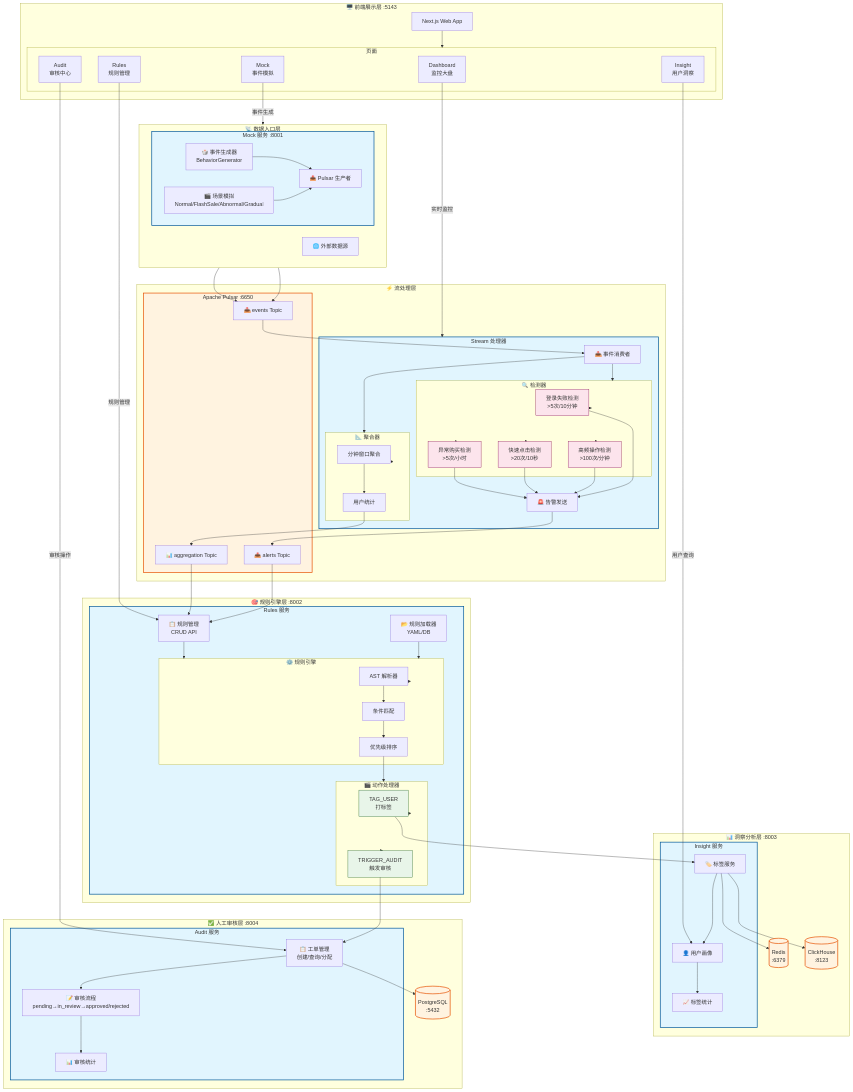
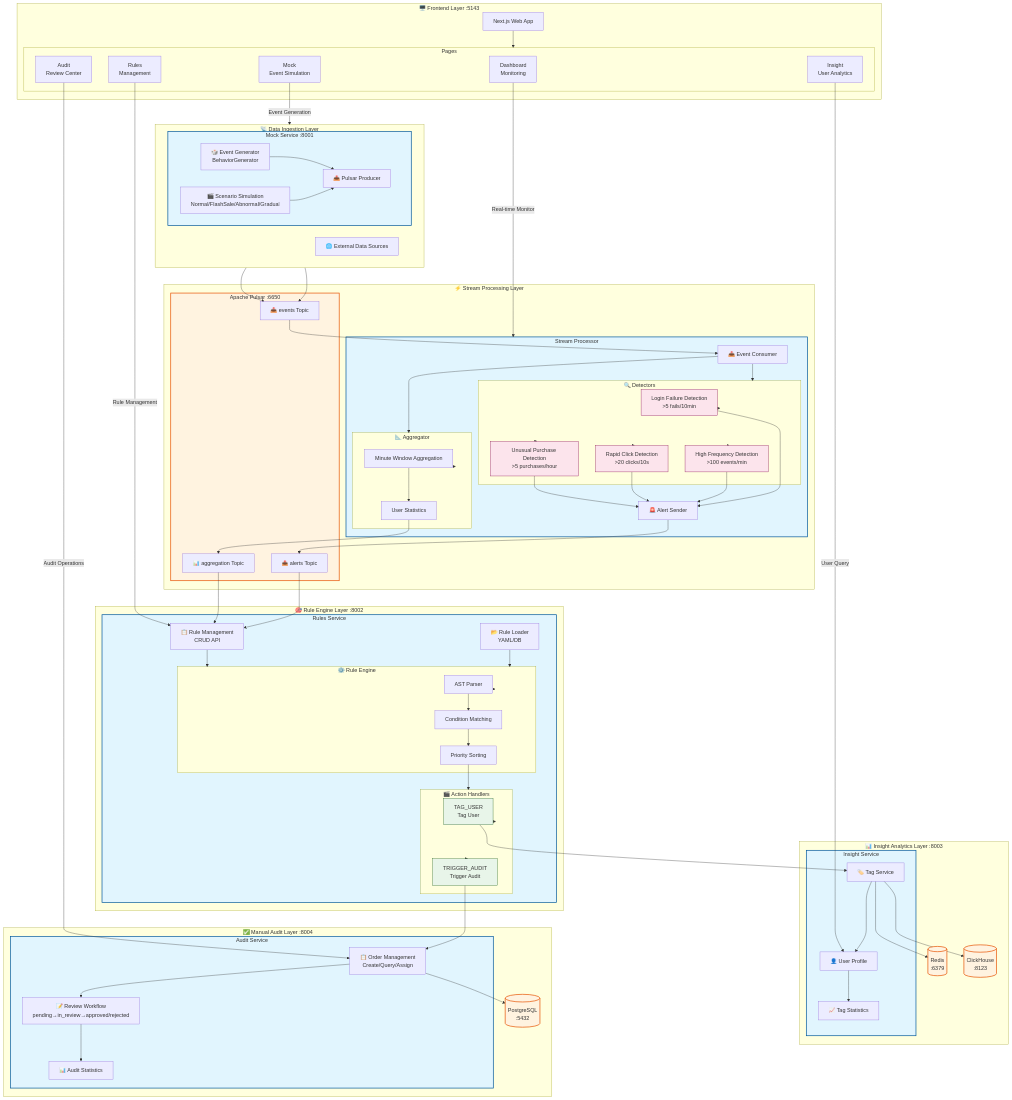
Before and after one commit to afine907/behavior-sense: the diagram in README.md, drawn with Mermaid. The commit also changed other lines of this file, not shown here.

Commit message:
docs: replace Chinese labels with English in README.md architecture diagram
- Change all Mermaid flowchart labels from Chinese to English
- Update data flow description table to English
- Keep only "中文" in language navigation (intentional)

````diff
--- a/README.md
+++ b/README.md
@@ -29,84 +29,84 @@
 ```mermaid
 flowchart TB
-    subgraph DataIngestion["📡 数据入口层"]
+    subgraph DataIngestion["📡 Data Ingestion Layer"]
         direction LR
-        subgraph MockService["Mock 服务 :8001"]
-            Generator["🎲 事件生成器\nBehaviorGenerator"]
-            Scenarios["🎬 场景模拟\nNormal/FlashSale/Abnormal/Gradual"]
-            Producer["📤 Pulsar 生产者"]
+        subgraph MockService["Mock Service :8001"]
+            Generator["🎲 Event Generator\nBehaviorGenerator"]
+            Scenarios["🎬 Scenario Simulation\nNormal/FlashSale/Abnormal/Gradual"]
+            Producer["📤 Pulsar Producer"]
         end
-        ExternalData["🌐 外部数据源"]
+        ExternalData["🌐 External Data Sources"]
     end
 
-    subgraph StreamProcessing["⚡ 流处理层"]
+    subgraph StreamProcessing["⚡ Stream Processing Layer"]
         subgraph Pulsar["Apache Pulsar :6650"]
             TopicEvents["📥 events Topic"]
             TopicAlerts["📤 alerts Topic"]
             TopicAgg["📊 aggregation Topic"]
         end
-        subgraph StreamService["Stream 处理器"]
-            Consumer["📥 事件消费者"]
-            subgraph Aggregator["📐 聚合器"]
-                WindowAgg["分钟窗口聚合"]
-                UserStats["用户统计"]
+        subgraph StreamService["Stream Processor"]
+            Consumer["📥 Event Consumer"]
+            subgraph Aggregator["📐 Aggregator"]
+                WindowAgg["Minute Window Aggregation"]
+                UserStats["User Statistics"]
             end
-            subgraph Detector["🔍 检测器"]
-                LoginFail["登录失败检测\n>5次/10分钟"]
-                HighFreq["高频操作检测\n>100次/分钟"]
-                RapidClick["快速点击检测\n>20次/10秒"]
-                UnusualPurchase["异常购买检测\n>5次/小时"]
+            subgraph Detector["🔍 Detectors"]
+                LoginFail["Login Failure Detection\n>5 fails/10min"]
+                HighFreq["High Frequency Detection\n>100 events/min"]
+                RapidClick["Rapid Click Detection\n>20 clicks/10s"]
+                UnusualPurchase["Unusual Purchase Detection\n>5 purchases/hour"]
             end
-            AlertSender["🚨 告警发送"]
+            AlertSender["🚨 Alert Sender"]
         end
     end
 
-    subgraph RuleEngine["🎯 规则引擎层 :8002"]
-        subgraph RulesService["Rules 服务"]
-            RuleCRUD["📋 规则管理\nCRUD API"]
-            RuleLoader["📂 规则加载器\nYAML/DB"]
-            subgraph Engine["⚙️ 规则引擎"]
-                ASTParser["AST 解析器"]
-                ConditionMatch["条件匹配"]
-                PrioritySort["优先级排序"]
+    subgraph RuleEngine["🎯 Rule Engine Layer :8002"]
+        subgraph RulesService["Rules Service"]
+            RuleCRUD["📋 Rule Management\nCRUD API"]
+            RuleLoader["📂 Rule Loader\nYAML/DB"]
+            subgraph Engine["⚙️ Rule Engine"]
+                ASTParser["AST Parser"]
+                ConditionMatch["Condition Matching"]
+                PrioritySort["Priority Sorting"]
             end
-            subgraph Actions["🎬 动作处理器"]
-                TagAction["TAG_USER\n打标签"]
-                AuditAction["TRIGGER_AUDIT\n触发审核"]
+            subgraph Actions["🎬 Action Handlers"]
+                TagAction["TAG_USER\nTag User"]
+                AuditAction["TRIGGER_AUDIT\nTrigger Audit"]
             end
         end
     end
 
-    subgraph InsightLayer["📊 洞察分析层 :8003"]
-        subgraph InsightService["Insight 服务"]
-            TagService["🏷️ 标签服务"]
-            UserProfile["👤 用户画像"]
-            TagStats["📈 标签统计"]
+    subgraph InsightLayer["📊 Insight Analytics Layer :8003"]
+        subgraph InsightService["Insight Service"]
+            TagService["🏷️ Tag Service"]
+            UserProfile["👤 User Profile"]
+            TagStats["📈 Tag Statistics"]
         end
         Redis[("Redis\n:6379")]
         ClickHouse[("ClickHouse\n:8123")]
     end
 
-    subgraph AuditLayer["✅ 人工审核层 :8004"]
-        subgraph AuditService["Audit 服务"]
-            OrderMgmt["📋 工单管理\n创建/查询/分配"]
-            ReviewWorkflow["📝 审核流程\npending→in_review→approved/rejected"]
-            AuditStats["📊 审核统计"]
+    subgraph AuditLayer["✅ Manual Audit Layer :8004"]
+        subgraph AuditService["Audit Service"]
+            OrderMgmt["📋 Order Management\nCreate/Query/Assign"]
+            ReviewWorkflow["📝 Review Workflow\npending→in_review→approved/rejected"]
+            AuditStats["📊 Audit Statistics"]
         end
         PostgreSQL[("PostgreSQL\n:5432")]
     end
 
-    subgraph Frontend["🖥️ 前端展示层 :5143"]
+    subgraph Frontend["🖥️ Frontend Layer :5143"]
         NextJS["Next.js Web App"]
-        subgraph Pages["页面"]
-            Dashboard["Dashboard\n监控大盘"]
-            RulesPage["Rules\n规则管理"]
-            InsightPage["Insight\n用户洞察"]
-            AuditPage["Audit\n审核中心"]
-            MockPage["Mock\n事件模拟"]
+        subgraph Pages["Pages"]
+            Dashboard["Dashboard\nMonitoring"]
+            RulesPage["Rules\nManagement"]
+            InsightPage["Insight\nUser Analytics"]
+            AuditPage["Audit\nReview Center"]
+            MockPage["Mock\nEvent Simulation"]
         end
     end
 
-    %% 数据流连接
+    %% Data Flow Connections
     Generator --> Producer
     Scenarios --> Producer
     Producer --> TopicEvents
@@ -153,13 +153,13 @@
     OrderMgmt --> PostgreSQL
 
     NextJS --> Pages
-    Dashboard --> |"实时监控"| StreamService
-    RulesPage --> |"规则管理"| RuleCRUD
-    InsightPage --> |"用户查询"| UserProfile
-    AuditPage --> |"审核操作"| OrderMgmt
-    MockPage --> |"事件生成"| Generator
+    Dashboard --> |"Real-time Monitor"| StreamService
+    RulesPage --> |"Rule Management"| RuleCRUD
+    InsightPage --> |"User Query"| UserProfile
+    AuditPage --> |"Audit Operations"| OrderMgmt
+    MockPage --> |"Event Generation"| Generator
 
-    %% 样式
+    %% Styles
     classDef service fill:#e1f5fe,stroke:#01579b,stroke-width:2px
     classDef storage fill:#fff3e0,stroke:#e65100,stroke-width:2px
     classDef detector fill:#fce4ec,stroke:#880e4f,stroke-width:1px
````
